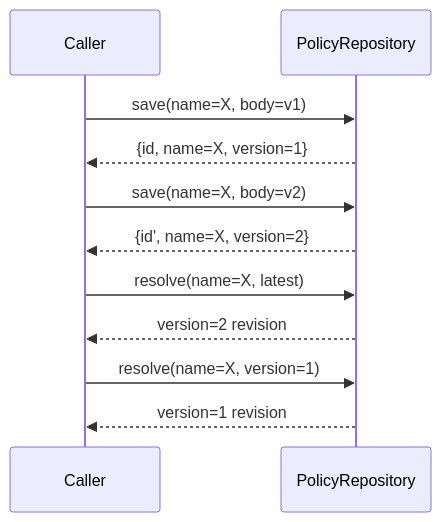
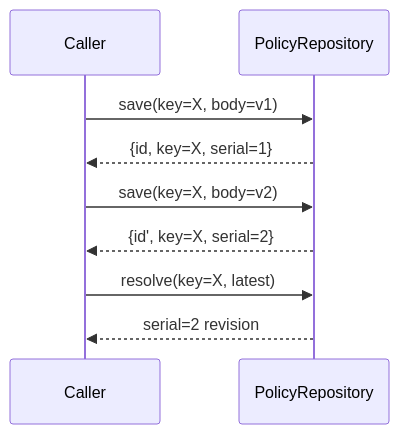
One commit to qpointz/objs changed the second of 2 diagrams in docs/design/policy/repository.md. Above: the diagram before and after it, drawn with Mermaid. The commit also changed other lines of this file and 26 other files, not shown here.

````diff
--- a/docs/design/policy/repository.md
+++ b/docs/design/policy/repository.md
@@ -35,13 +46,11 @@
 ```mermaid
 sequenceDiagram
   participant C as Caller
   participant R as PolicyRepository
-  C->>R: save(name=X, body=v1)
-  R-->>C: {id, name=X, version=1}
-  C->>R: save(name=X, body=v2)
-  R-->>C: {id', name=X, version=2}
-  C->>R: resolve(name=X, latest)
-  R-->>C: version=2 revision
-  C->>R: resolve(name=X, version=1)
-  R-->>C: version=1 revision
+  C->>R: save(key=X, body=v1)
+  R-->>C: {id, key=X, serial=1}
+  C->>R: save(key=X, body=v2)
+  R-->>C: {id', key=X, serial=2}
+  C->>R: resolve(key=X, latest)
+  R-->>C: serial=2 revision
 ```
````
